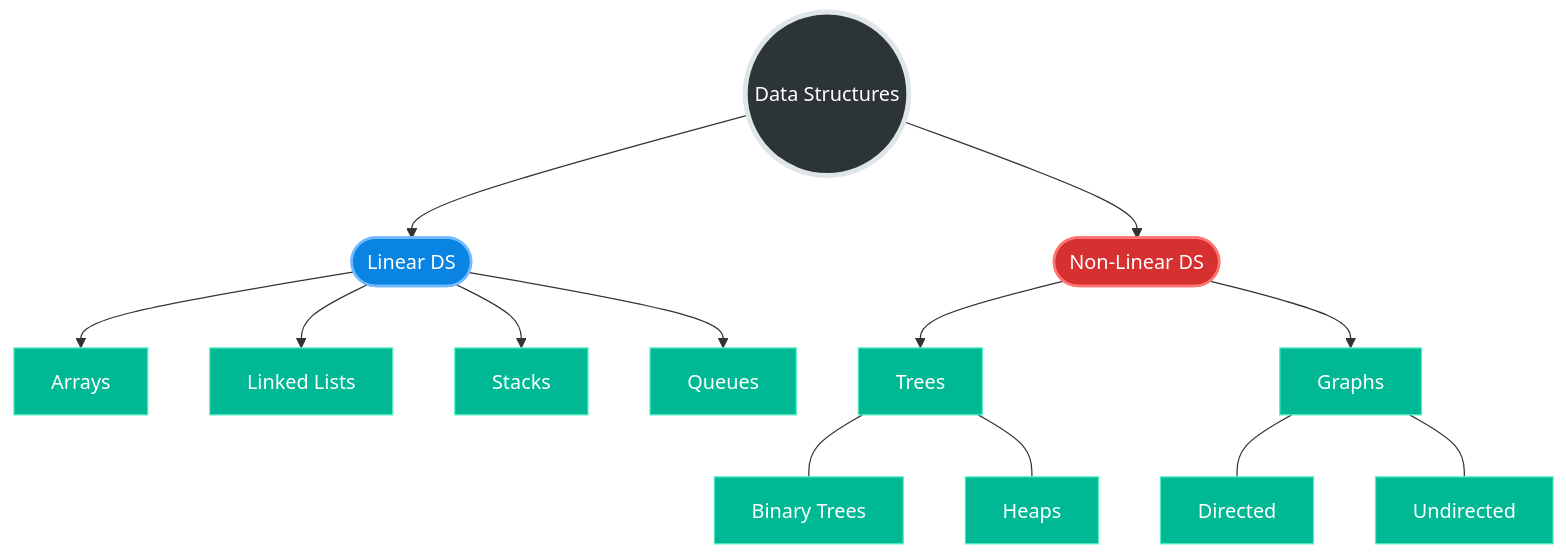
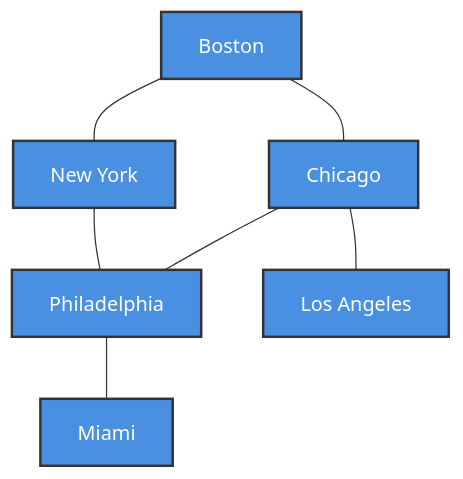
Diagram 17 of 29 in README.md (shafkatb230101003-code/DSA), drawn with Mermaid before and after one commit. The commit also changed other lines of this file, not shown here.

````diff
--- a/README.md
+++ b/README.md
@@ -81,31 +555,16 @@
 ```mermaid
 graph TD
-    %% Styles
-    classDef root fill:#2d3436,stroke:#dfe6e9,stroke-width:4px,color:white
-    classDef linear fill:#0984e3,stroke:#74b9ff,stroke-width:2px,color:white
-    classDef nonlinear fill:#d63031,stroke:#ff7675,stroke-width:2px,color:white
-    classDef sub fill:#00b894,stroke:#55efc4,stroke-width:1px,color:white
-
-    Root((Data Structures)):::root
+    A["Boston"] --- B["New York"]
+    A --- C["Chicago"]
+    B --- D["Philadelphia"]
+    C --- D
+    D --- E["Miami"]
+    C --- F["Los Angeles"]
     
-    %% Branches
-    Root --> Linear([Linear DS]):::linear
-    Root --> NonLinear([Non-Linear DS]):::nonlinear
-    
-    %% Linear Nodes
-    Linear --> Arr[Arrays]:::sub
-    Linear --> LL[Linked Lists]:::sub
-    Linear --> St[Stacks]:::sub
-    Linear --> Qu[Queues]:::sub
-    
-    %% Non-Linear Nodes
-    NonLinear --> Trees[Trees]:::sub
-    NonLinear --> Graphs[Graphs]:::sub
-    
-    %% Sub-details
-    Trees --- Bin[Binary Trees]:::sub
-    Trees --- Heaps[Heaps]:::sub
-    
-    Graphs --- Dir[Directed]:::sub
-    Graphs --- Undir[Undirected]:::sub
+    style A fill:#4A90E2,stroke:#333,stroke-width:2px,color:#fff
+    style B fill:#4A90E2,stroke:#333,stroke-width:2px,color:#fff
+    style C fill:#4A90E2,stroke:#333,stroke-width:2px,color:#fff
+    style D fill:#4A90E2,stroke:#333,stroke-width:2px,color:#fff
+    style E fill:#4A90E2,stroke:#333,stroke-width:2px,color:#fff
+    style F fill:#4A90E2,stroke:#333,stroke-width:2px,color:#fff
 ```
````
